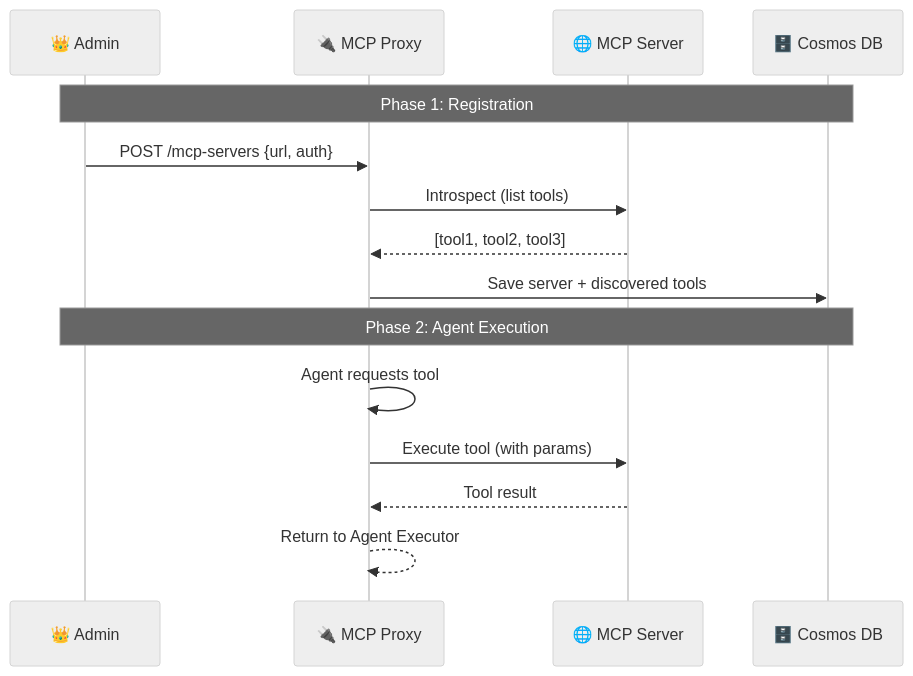
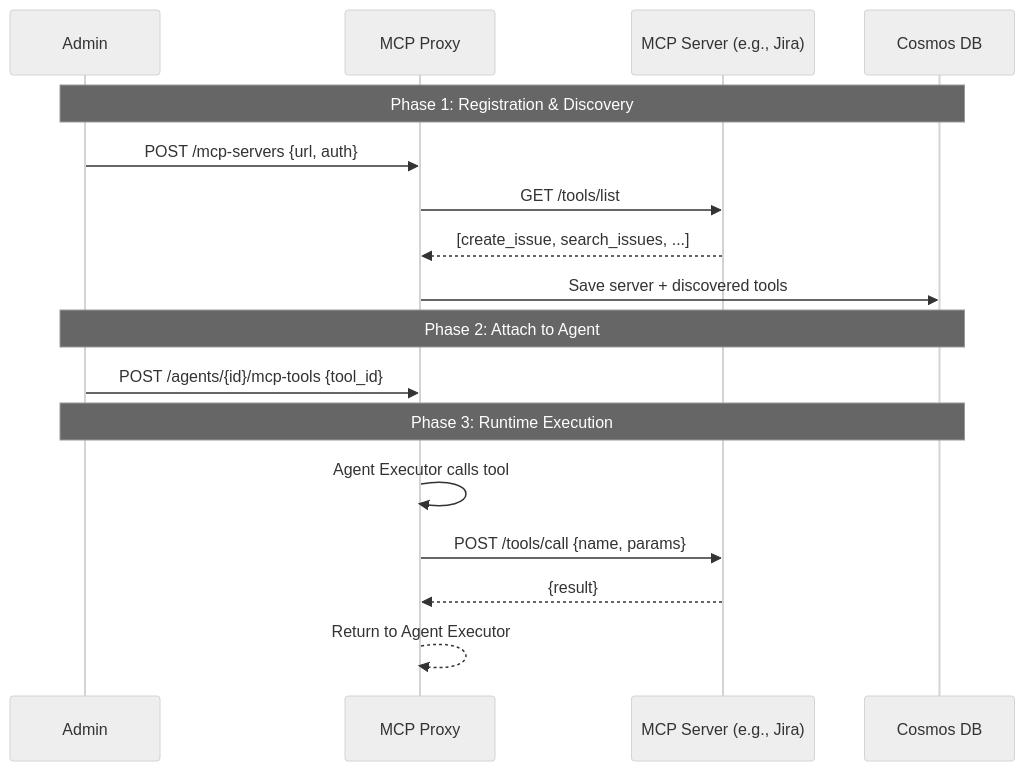
The sixth of 7 diagrams in README.md (roie9876/AI-Platform-System), drawn with Mermaid (neutral theme) before and after one commit. The commit also changed other lines of this file and 1 other file, not shown here.

Commit message:
docs: comprehensive README rewrite with full architecture documentation

````diff
--- a/README.md
+++ b/README.md
@@ -834,19 +705,22 @@
 ```mermaid
 sequenceDiagram
-    participant Admin as 👑 Admin
-    participant Proxy as 🔌 MCP Proxy
-    participant Server as 🌐 MCP Server
-    participant DB as 🗄️ Cosmos DB
+    participant Admin
+    participant Proxy as MCP Proxy
+    participant Server as MCP Server (e.g., Jira)
+    participant DB as Cosmos DB
 
-    Note over Admin,DB: Phase 1: Registration
+    Note over Admin,DB: Phase 1: Registration & Discovery
     Admin->>Proxy: POST /mcp-servers {url, auth}
-    Proxy->>Server: Introspect (list tools)
-    Server-->>Proxy: [tool1, tool2, tool3]
+    Proxy->>Server: GET /tools/list
+    Server-->>Proxy: [create_issue, search_issues, ...]
     Proxy->>DB: Save server + discovered tools
 
-    Note over Admin,DB: Phase 2: Agent Execution
-    Proxy->>Proxy: Agent requests tool
-    Proxy->>Server: Execute tool (with params)
-    Server-->>Proxy: Tool result
+    Note over Admin,DB: Phase 2: Attach to Agent
+    Admin->>Proxy: POST /agents/{id}/mcp-tools {tool_id}
+
+    Note over Admin,DB: Phase 3: Runtime Execution
+    Proxy->>Proxy: Agent Executor calls tool
+    Proxy->>Server: POST /tools/call {name, params}
+    Server-->>Proxy: {result}
     Proxy-->>Proxy: Return to Agent Executor
 ```
````
